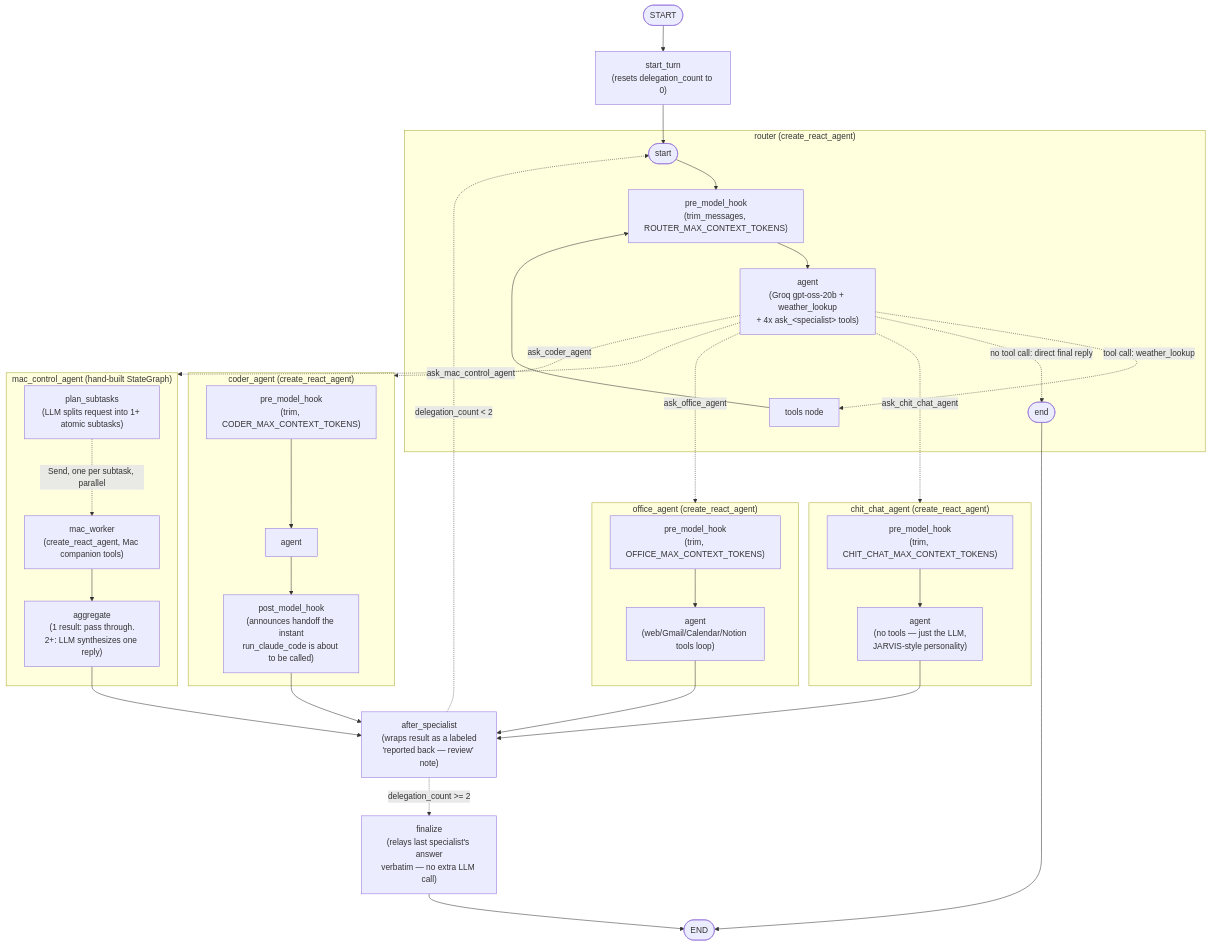
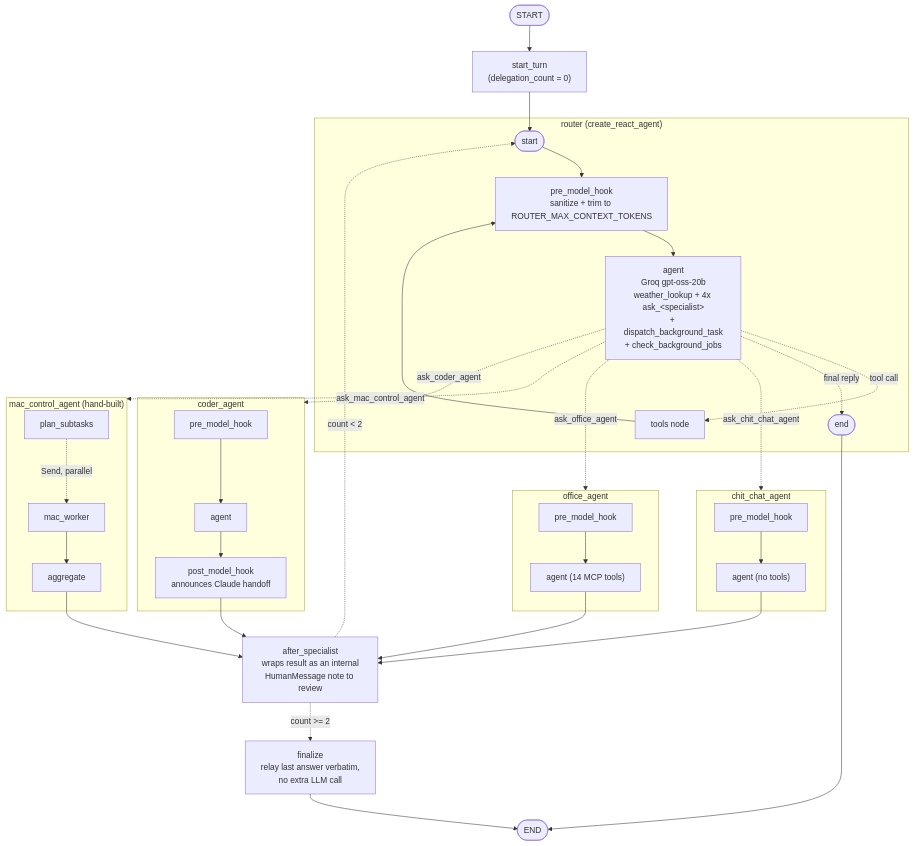
The second of 3 diagrams in architecture.md (Devaansh2610/Maks_super), drawn with Mermaid before and after one commit. The commit also changed other lines of this file and 11 other files, not shown here.

````diff
--- a/architecture.md
+++ b/architecture.md
@@ -169,48 +245,38 @@
 ```mermaid
 flowchart TD
     START([START]) --> start_turn
-    start_turn["start_turn\n(resets delegation_count to 0)"] --> router_start
+    start_turn["start_turn<br/>(delegation_count = 0)"] --> router_start
 
     subgraph router["router (create_react_agent)"]
-        router_start([start]) --> router_pre["pre_model_hook\n(trim_messages, ROUTER_MAX_CONTEXT_TOKENS)"]
-        router_pre --> router_agent["agent\n(Groq gpt-oss-20b + weather_lookup\n+ 4x ask_&lt;specialist&gt; tools)"]
-        router_agent -.->|tool call: weather_lookup| router_tools["tools node"]
+        router_start([start]) --> router_pre["pre_model_hook<br/>sanitize + trim to ROUTER_MAX_CONTEXT_TOKENS"]
+        router_pre --> router_agent["agent<br/>Groq gpt-oss-20b<br/>weather_lookup + 4x ask_&lt;specialist&gt;<br/>+ dispatch_background_task<br/>+ check_background_jobs"]
+        router_agent -.->|tool call| router_tools["tools node"]
         router_tools --> router_pre
-        router_agent -.->|no tool call: direct final reply| router_end([end])
+        router_agent -.->|final reply| router_end([end])
     end
 
     router_agent -.->|ask_chit_chat_agent| chit_chat_agent
     router_agent -.->|ask_office_agent| office_agent
     router_agent -.->|ask_mac_control_agent| mac_control_agent
     router_agent -.->|ask_coder_agent| coder_agent
     router_end --> END([END])
 
-    subgraph chit_chat_agent["chit_chat_agent (create_react_agent)"]
-        cc_pre["pre_model_hook\n(trim, CHIT_CHAT_MAX_CONTEXT_TOKENS)"] --> cc_agent["agent\n(no tools — just the LLM,\nJARVIS-style personality)"]
+    subgraph chit_chat_agent["chit_chat_agent"]
+        cc_pre["pre_model_hook"] --> cc_agent["agent (no tools)"]
+    end
+    subgraph office_agent["office_agent"]
+        of_pre["pre_model_hook"] --> of_agent["agent (14 MCP tools)"]
+    end
+    subgraph coder_agent["coder_agent"]
+        co_pre["pre_model_hook"] --> co_agent["agent"] --> co_post["post_model_hook<br/>announces Claude handoff"]
+    end
+    subgraph mac_control_agent["mac_control_agent (hand-built)"]
+        mac_plan["plan_subtasks"] -.->|Send, parallel| mac_worker["mac_worker"] --> mac_agg["aggregate"]
     end
 
-    subgraph office_agent["office_agent (create_react_agent)"]
-        of_pre["pre_model_hook\n(trim, OFFICE_MAX_CONTEXT_TOKENS)"] --> of_agent["agent\n(web/Gmail/Calendar/Notion tools loop)"]
-    end
-
-    subgraph coder_agent["coder_agent (create_react_agent)"]
-        co_pre["pre_model_hook\n(trim, CODER_MAX_CONTEXT_TOKENS)"] --> co_agent["agent"]
-        co_agent --> co_post["post_model_hook\n(announces handoff the instant\nrun_claude_code is about to be called)"]
-    end
-
-    subgraph mac_control_agent["mac_control_agent (hand-built StateGraph)"]
-        mac_plan["plan_subtasks\n(LLM splits request into 1+ atomic subtasks)"]
-        mac_plan -.->|Send, one per subtask, parallel| mac_worker["mac_worker\n(create_react_agent, Mac companion tools)"]
-        mac_worker --> mac_agg["aggregate\n(1 result: pass through.\n2+: LLM synthesizes one reply)"]
-    end
-
-    cc_agent --> after_specialist
-    of_agent --> after_specialist
-    co_post --> after_specialist
-    mac_agg --> after_specialist
-
-    after_specialist["after_specialist\n(wraps result as a labeled\n'reported back — review' note)"]
-    after_specialist -.->|delegation_count < 2| router_start
-    after_specialist -.->|delegation_count >= 2| finalize
-    finalize["finalize\n(relays last specialist's answer\nverbatim — no extra LLM call)"] --> END
+    cc_agent & of_agent & co_post & mac_agg --> after_specialist
+    after_specialist["after_specialist<br/>wraps result as an internal<br/>HumanMessage note to review"]
+    after_specialist -.->|count < 2| router_start
+    after_specialist -.->|count >= 2| finalize
+    finalize["finalize<br/>relay last answer verbatim,<br/>no extra LLM call"] --> END
 ```
````
